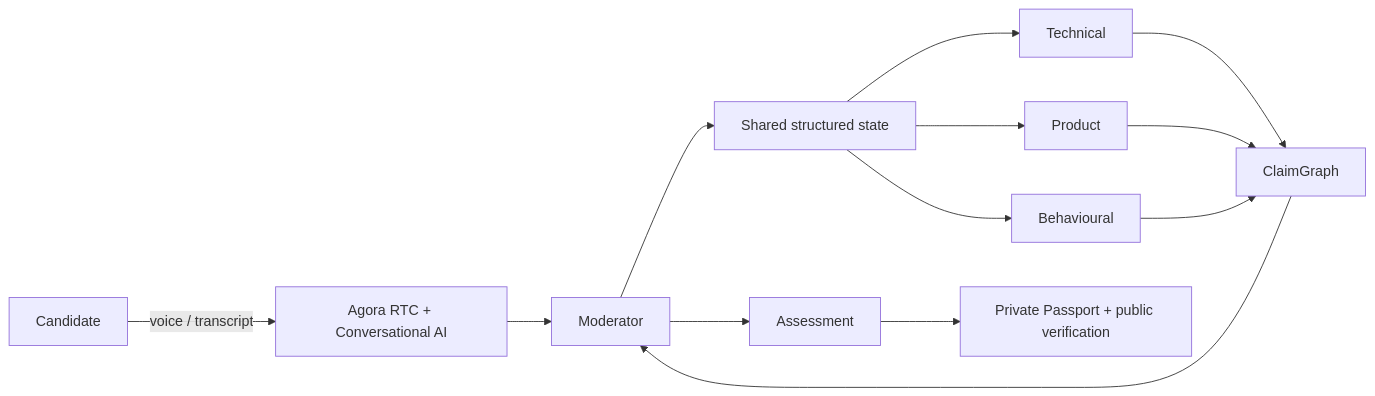
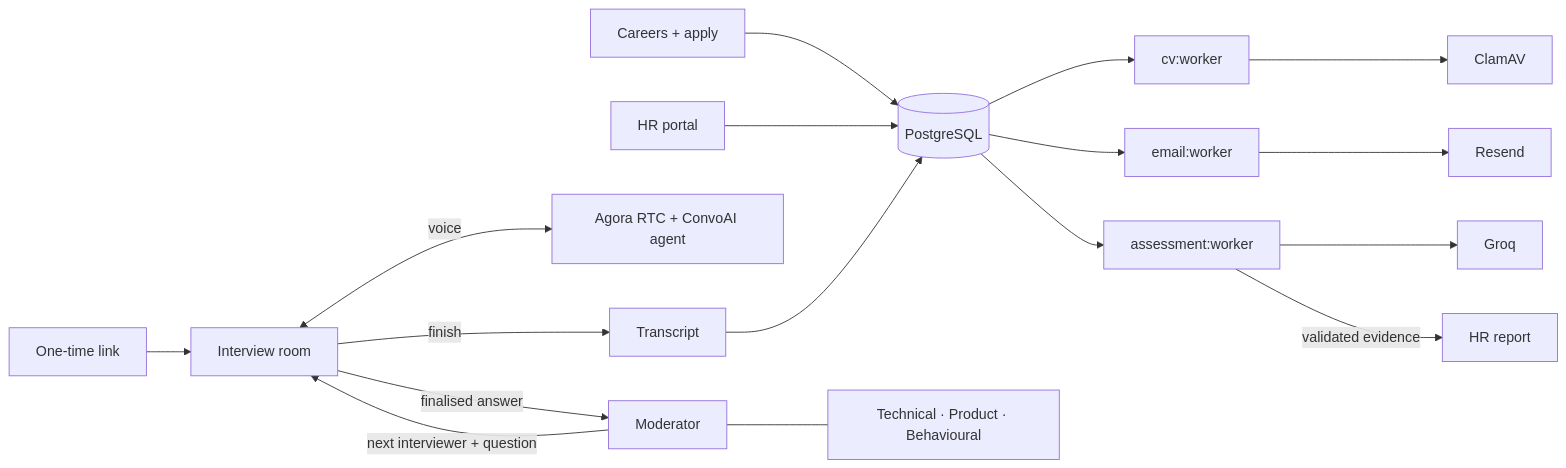
Before and after one commit to Dracoindie/Ecopanel: the diagram in README.md, drawn with Mermaid. The commit also changed other lines of this file and 4 other files, not shown here.

````diff
--- a/README.md
+++ b/README.md
@@ -124,14 +44,15 @@
 ```mermaid
 flowchart LR
-  Candidate -->|voice / transcript| Agora[Agora RTC + Conversational AI]
-  Agora --> Moderator
-  Moderator --> State[Shared structured state]
-  State --> Technical
-  State --> Product
-  State --> Behavioural
-  Technical --> ClaimGraph
-  Product --> ClaimGraph
-  Behavioural --> ClaimGraph
-  ClaimGraph --> Moderator
-  Moderator --> Assessment --> Passport[Private Passport + public verification]
+  Careers[Careers + apply] --> DB[(PostgreSQL)]
+  DB --> CVW[cv:worker] --> ClamAV
+  HR[HR portal] --> DB
+  DB --> EW[email:worker] --> Resend
+  Invite[One-time link] --> Room[Interview room]
+  Room <-->|voice| Agora[Agora RTC + ConvoAI agent]
+  Room -->|finalised answer| Moderator
+  Moderator -->|next interviewer + question| Room
+  Moderator --- Panel[Technical · Product · Behavioural]
+  Room -->|finish| Transcript --> DB
+  DB --> AW[assessment:worker] --> Groq
+  AW -->|validated evidence| Report[HR report]
 ```
````
